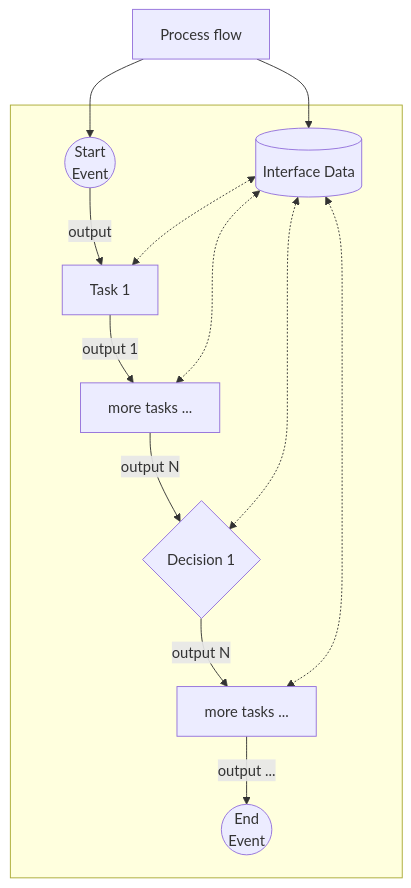
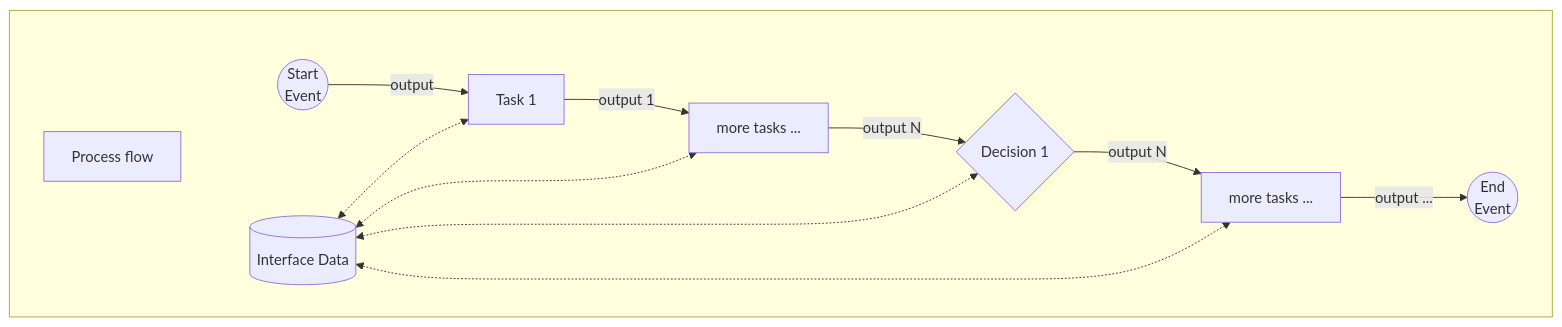
The fifth of 6 diagrams in README.md (Paulo-Reis-Rosa/test-git-commands), drawn with Mermaid before and after one commit.

Commit message:
Fix process flow diagram syntax in README
Updated the process flow diagram syntax in README.md.

````diff
--- a/README.md
+++ b/README.md
@@ -190,16 +190,16 @@
 ```mermaid
 	graph TD
-		pf[Process flow] f1@--> se & i1;
 		subgraph  ;
+			pf[Process flow] ~~~ se & i1;
 			se((Start<br>Event))-->|output|t1[Task 1];
 			t1-->|output 1|t2[more tasks ...];
 			t2-->|output N|d1{Decision 1};
 			d1-->|output N|t3[more tasks ...];
 			t3-->|output ...|ed((End<br>Event));
 			i1[(Interface Data)]
 		end
 		i1<-.->t1;
 		i1<-.->t2;
 		i1<-.->t3;
 		i1<-.->d1;
 ```
````
